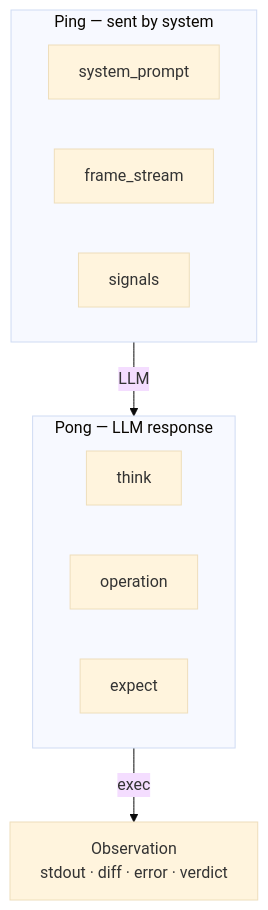
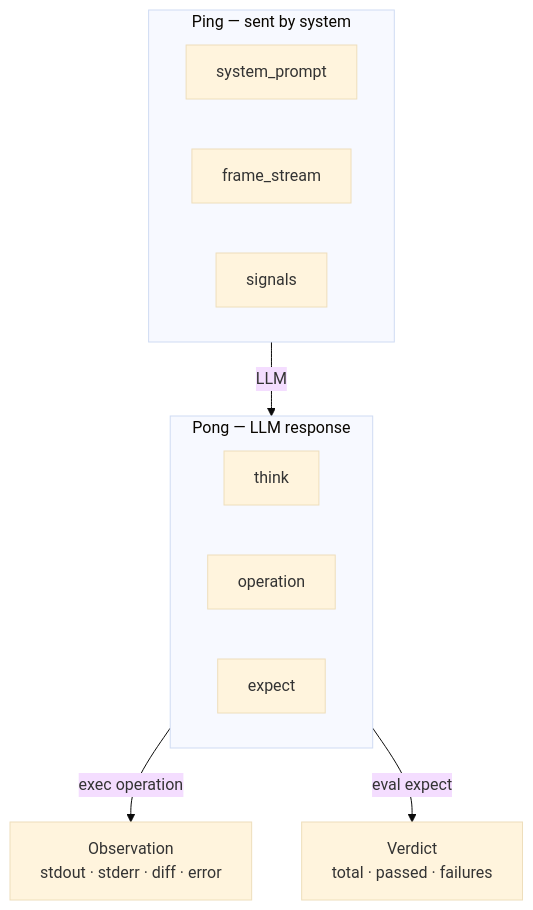
One commit to vessal-ai/vessal changed the second of 6 diagrams in references/whitepaper/04-frame.md. Above: the diagram before and after it, drawn with Mermaid (base theme). The commit also changed other lines of this file and 2 other files, not shown here.

First line of the commit message:
docs(whitepaper): align Observation/Verdict shape and wire fields with post-PR7 spec

````diff
--- a/references/whitepaper/04-frame.md
+++ b/references/whitepaper/04-frame.md
@@ -46,17 +46,18 @@
 ```mermaid
 graph TB
     subgraph ping["Ping — sent by system"]
         SP["system_prompt"]
         FS["frame_stream"]
         SIG["signals"]
     end
 
     subgraph pong["Pong — LLM response"]
         TH["think"]
         OP["operation"]
         EX["expect"]
     end
 
     ping -->|LLM| pong
-    pong -->|exec| OBS["Observation\nstdout · diff · error · verdict"]
+    pong -->|exec operation| OBS["Observation\nstdout · stderr · diff · error"]
+    pong -->|eval expect| VRD["Verdict\ntotal · passed · failures"]
 ```
````
